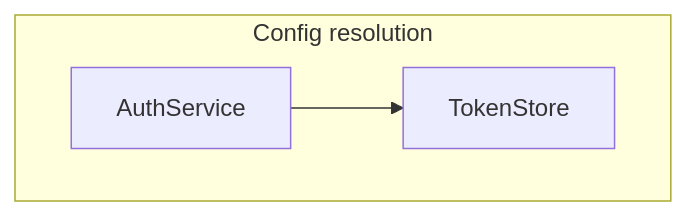
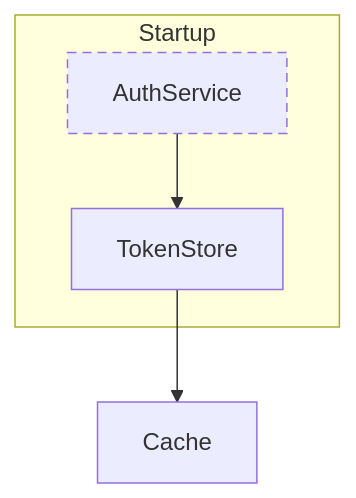
The diagram in skills/blueprint-markdown/references/syntax.md (lebinhchieu/blueprint-markdown), drawn with Mermaid before and after one commit. The commit also changed other lines of this file and 4 other files, not shown here.

````diff
--- a/skills/blueprint-markdown/references/syntax.md
+++ b/skills/blueprint-markdown/references/syntax.md
@@ -377,6 +321,8 @@
 ```mermaid
 graph TD
-  subgraph boot["Config resolution"]
+  subgraph boot["Startup"]
     auth["AuthService"] --> store["TokenStore"]
   end
+  store --> cache["Cache"]
+  style auth stroke-dasharray: 6 4
 ```
````
